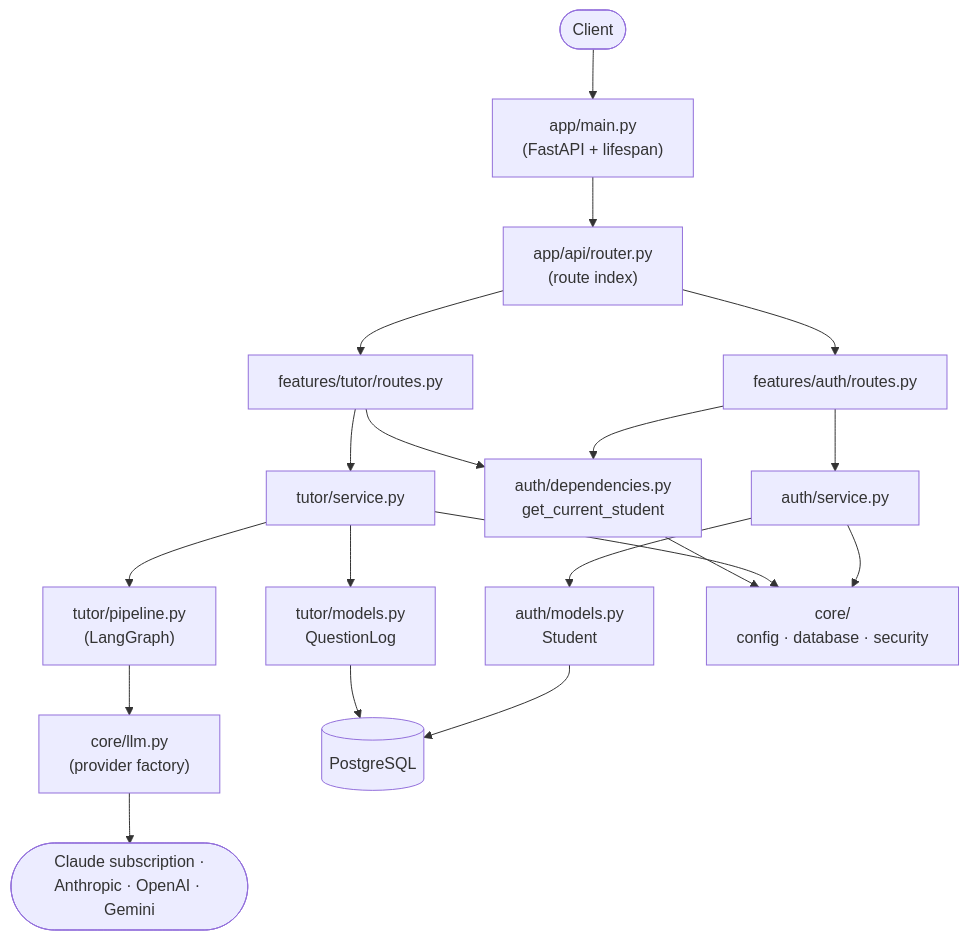
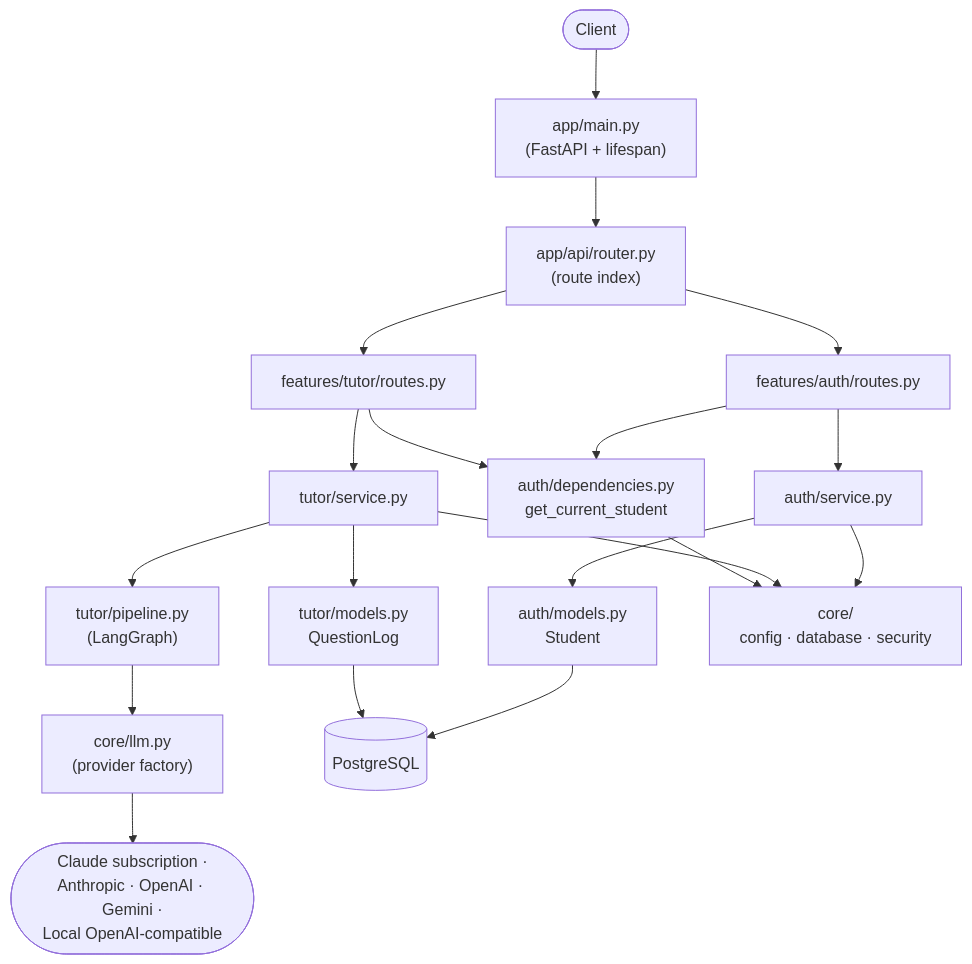
One commit to syamdumpala/Adapative_ai_tutor changed the first of 3 diagrams in backend/architecture/DIAGRAM.md. Above: the diagram before and after it, drawn with Mermaid. The commit also changed 101 other files, not shown here.

````diff
--- a/backend/architecture/DIAGRAM.md
+++ b/backend/architecture/DIAGRAM.md
@@ -7,27 +7,27 @@
 ```mermaid
 flowchart TD
     Client([Client])
     Client --> Main["app/main.py<br/>(FastAPI + lifespan)"]
     Main --> Index["app/api/router.py<br/>(route index)"]
 
     Index --> AuthR["features/auth/routes.py"]
     Index --> TutorR["features/tutor/routes.py"]
 
     AuthR --> AuthDep["auth/dependencies.py<br/>get_current_student"]
     AuthR --> AuthSvc["auth/service.py"]
     AuthSvc --> AuthModel["auth/models.py<br/>Student"]
 
     TutorR --> AuthDep
     TutorR --> TutorSvc["tutor/service.py"]
     TutorSvc --> Pipeline["tutor/pipeline.py<br/>(LangGraph)"]
     TutorSvc --> TutorModel["tutor/models.py<br/>QuestionLog"]
 
     AuthSvc --> Core["core/<br/>config · database · security"]
     TutorSvc --> Core
     AuthDep --> Core
     Pipeline --> LLM["core/llm.py<br/>(provider factory)"]
 
     AuthModel --> DB[(PostgreSQL)]
     TutorModel --> DB
-    LLM --> Providers([Claude subscription ·<br/>Anthropic · OpenAI · Gemini])
+    LLM --> Providers([Claude subscription ·<br/>Anthropic · OpenAI · Gemini ·<br/>Local OpenAI-compatible])
 ```
````
